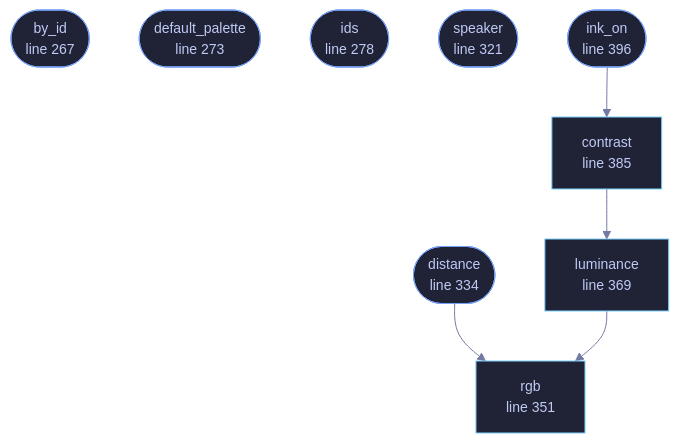
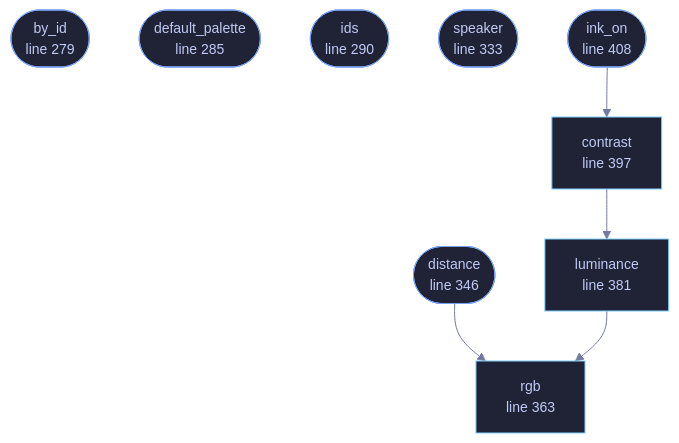
The diagram in docs/files/veilvoice-video/palette.md (tilas01/veilvoice), drawn with Mermaid before and after one commit. The commit also changed other lines of this file and 487 other files, not shown here.

````diff
--- a/docs/files/veilvoice-video/palette.md
+++ b/docs/files/veilvoice-video/palette.md
@@ -106,30 +119,30 @@
 ```mermaid
 %%{init: {"theme":"base","themeVariables":{"background":"#1a1b26","primaryColor":"#1f2335","primaryTextColor":"#c0caf5","primaryBorderColor":"#7aa2f7","secondaryColor":"#16161e","tertiaryColor":"#16161e","lineColor":"#737aa2","textColor":"#c0caf5","mainBkg":"#1f2335","nodeBorder":"#7aa2f7","clusterBkg":"#16161e","clusterBorder":"#2f3549","fontFamily":"ui-monospace, SFMono-Regular, Consolas, monospace","fontSize":"14px"}}}%%
 flowchart TD
-    n_by_id(["by_id<br/>line 267"])
-    n_default_palette(["default_palette<br/>line 273"])
-    n_ids(["ids<br/>line 278"])
-    n_speaker(["speaker<br/>line 321"])
-    n_distance(["distance<br/>line 334"])
-    n_rgb["rgb<br/>line 351"]
-    n_luminance["luminance<br/>line 369"]
-    n_contrast["contrast<br/>line 385"]
-    n_ink_on(["ink_on<br/>line 396"])
+    n_by_id(["by_id<br/>line 279"])
+    n_default_palette(["default_palette<br/>line 285"])
+    n_ids(["ids<br/>line 290"])
+    n_speaker(["speaker<br/>line 333"])
+    n_distance(["distance<br/>line 346"])
+    n_rgb["rgb<br/>line 363"]
+    n_luminance["luminance<br/>line 381"]
+    n_contrast["contrast<br/>line 397"]
+    n_ink_on(["ink_on<br/>line 408"])
     n_contrast --> n_luminance
     n_distance --> n_rgb
     n_ink_on --> n_contrast
     n_luminance --> n_rgb
-    click n_by_id href "https://github.com/tilas01/veilvoice/blob/main/crates/veilvoice-video/src/palette.rs#L267" "open the source"
-    click n_default_palette href "https://github.com/tilas01/veilvoice/blob/main/crates/veilvoice-video/src/palette.rs#L273" "open the source"
-    click n_ids href "https://github.com/tilas01/veilvoice/blob/main/crates/veilvoice-video/src/palette.rs#L278" "open the source"
-    click n_speaker href "https://github.com/tilas01/veilvoice/blob/main/crates/veilvoice-video/src/palette.rs#L321" "open the source"
-    click n_distance href "https://github.com/tilas01/veilvoice/blob/main/crates/veilvoice-video/src/palette.rs#L334" "open the source"
-    click n_rgb href "https://github.com/tilas01/veilvoice/blob/main/crates/veilvoice-video/src/palette.rs#L351" "open the source"
-    click n_luminance href "https://github.com/tilas01/veilvoice/blob/main/crates/veilvoice-video/src/palette.rs#L369" "open the source"
-    click n_contrast href "https://github.com/tilas01/veilvoice/blob/main/crates/veilvoice-video/src/palette.rs#L385" "open the source"
-    click n_ink_on href "https://github.com/tilas01/veilvoice/blob/main/crates/veilvoice-video/src/palette.rs#L396" "open the source"
+    click n_by_id href "https://github.com/tilas01/veilvoice/blob/main/crates/veilvoice-video/src/palette.rs#L279" "open the source"
+    click n_default_palette href "https://github.com/tilas01/veilvoice/blob/main/crates/veilvoice-video/src/palette.rs#L285" "open the source"
+    click n_ids href "https://github.com/tilas01/veilvoice/blob/main/crates/veilvoice-video/src/palette.rs#L290" "open the source"
+    click n_speaker href "https://github.com/tilas01/veilvoice/blob/main/crates/veilvoice-video/src/palette.rs#L333" "open the source"
+    click n_distance href "https://github.com/tilas01/veilvoice/blob/main/crates/veilvoice-video/src/palette.rs#L346" "open the source"
+    click n_rgb href "https://github.com/tilas01/veilvoice/blob/main/crates/veilvoice-video/src/palette.rs#L363" "open the source"
+    click n_luminance href "https://github.com/tilas01/veilvoice/blob/main/crates/veilvoice-video/src/palette.rs#L381" "open the source"
+    click n_contrast href "https://github.com/tilas01/veilvoice/blob/main/crates/veilvoice-video/src/palette.rs#L397" "open the source"
+    click n_ink_on href "https://github.com/tilas01/veilvoice/blob/main/crates/veilvoice-video/src/palette.rs#L408" "open the source"
     classDef entry fill:#1f2335,stroke:#7aa2f7,color:#c0caf5
     class n_by_id,n_default_palette,n_ids,n_speaker,n_distance,n_ink_on entry
     classDef api fill:#1f2335,stroke:#7dcfff,color:#c0caf5
     class n_rgb,n_luminance,n_contrast api
 ```
````
